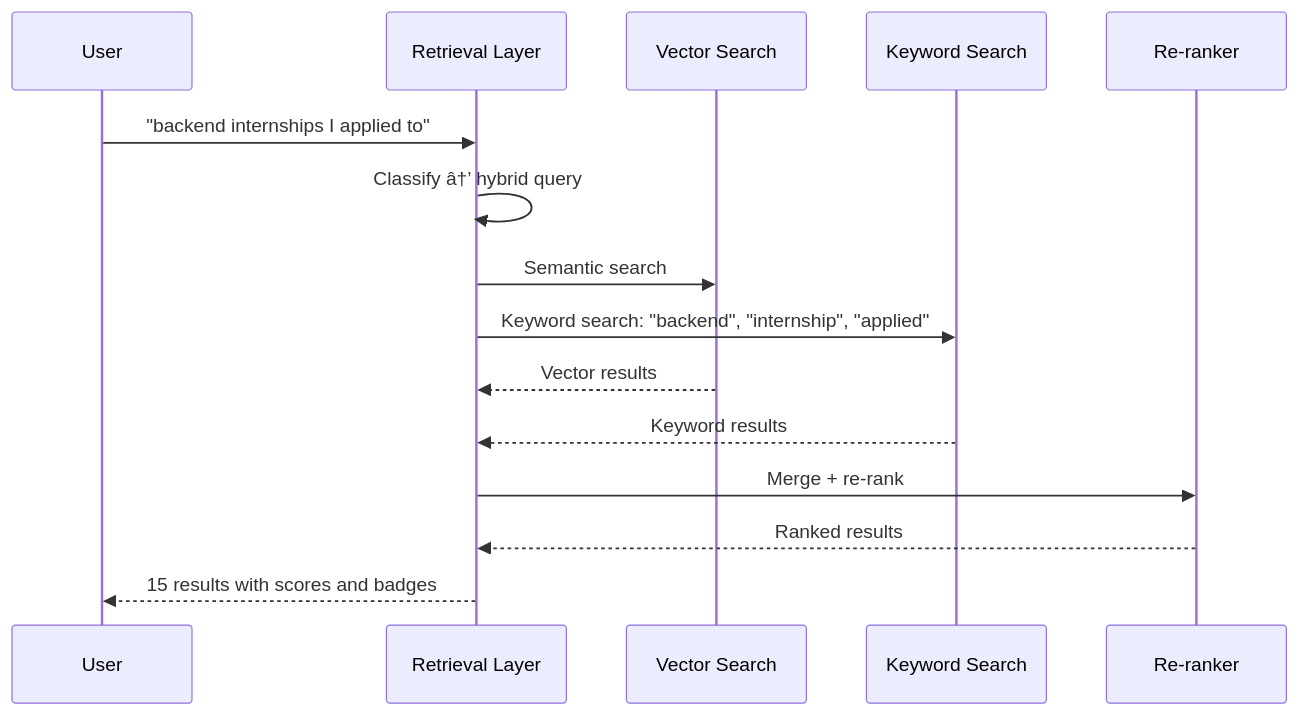
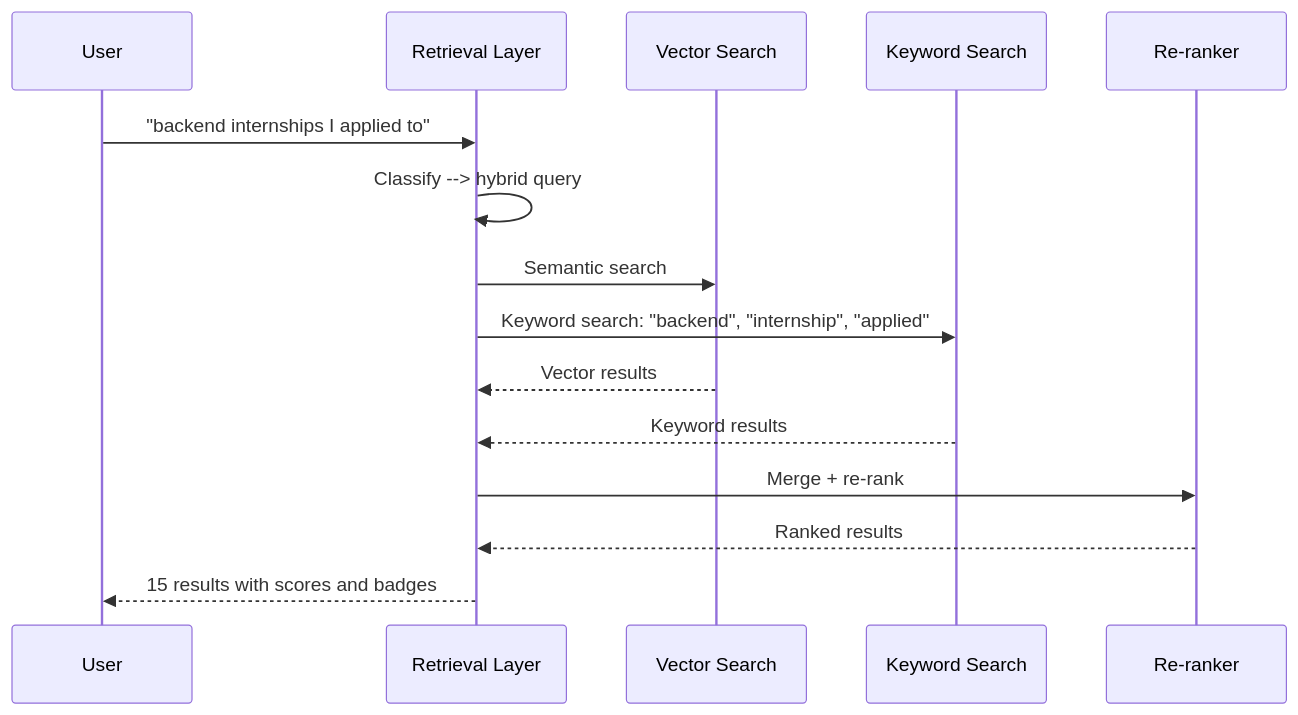
The second of 2 diagrams in Docs/Product/Feature-Specs/Global-Search.md (Driftloom/Vaeloom), drawn with Mermaid before and after one commit. The commit also changed other lines of this file and 31 other files, not shown here.

Commit message:
docs(product): add PRD, roadmap, user-stories, personas, specs, and strategy

````diff
--- a/Docs/Product/Feature-Specs/Global-Search.md
+++ b/Docs/Product/Feature-Specs/Global-Search.md
@@ -210,18 +210,18 @@
 ```mermaid
 sequenceDiagram
     participant U as User
     participant RL as Retrieval Layer
     participant VS as Vector Search
     participant KW as Keyword Search
     participant RR as Re-ranker
 
     U->>RL: "backend internships I applied to"
-    RL->>RL: Classify â†’ hybrid query
+    RL->>RL: Classify --> hybrid query
     RL->>VS: Semantic search
     RL->>KW: Keyword search: "backend", "internship", "applied"
     VS-->>RL: Vector results
     KW-->>RL: Keyword results
     RL->>RR: Merge + re-rank
     RR-->>RL: Ranked results
     RL-->>U: 15 results with scores and badges
 ```
````
